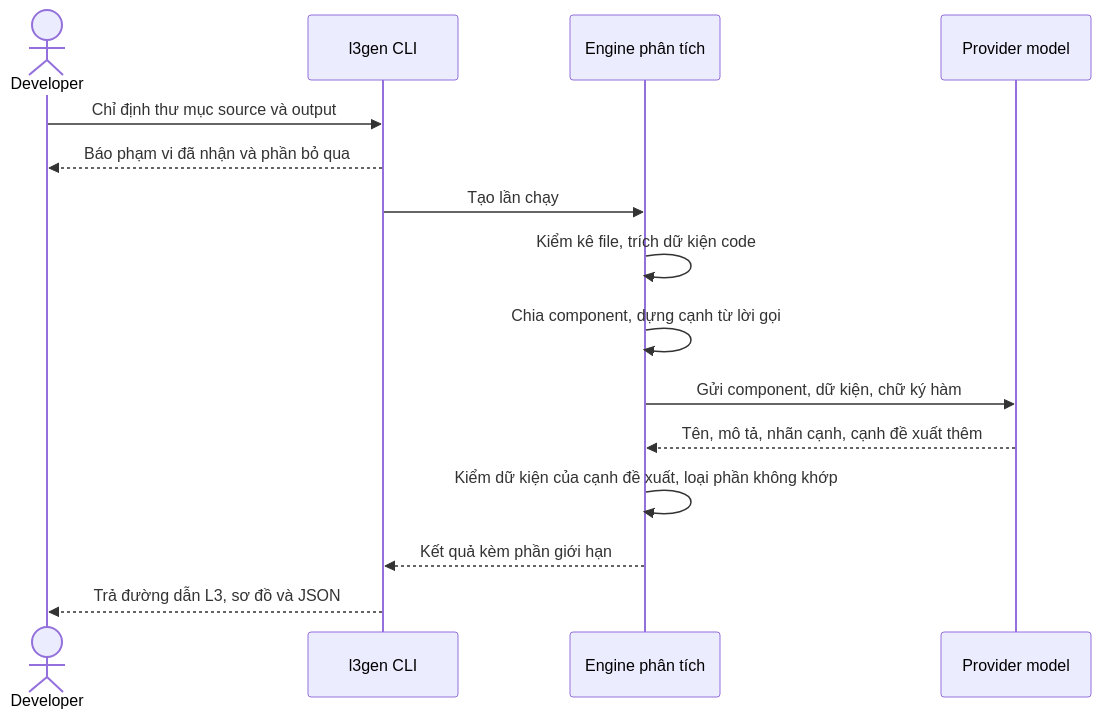
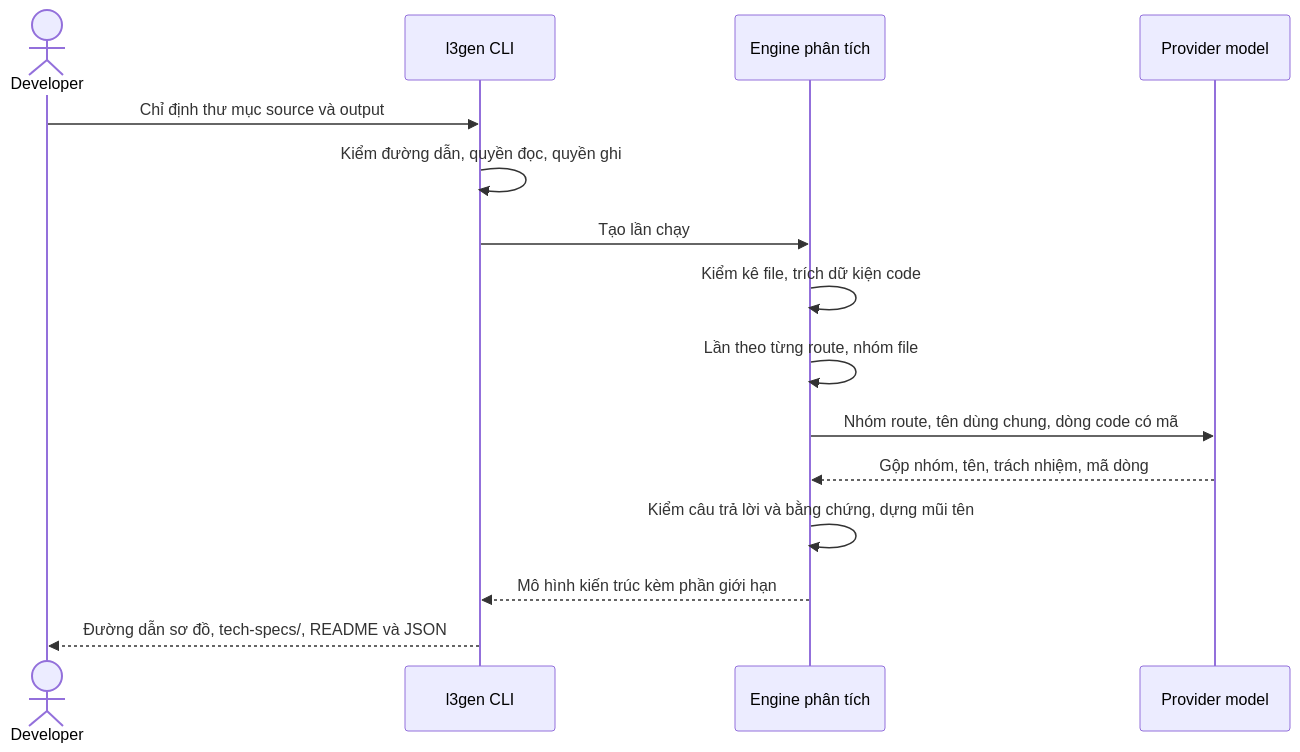
Before and after one commit to nchoang1004/l3-generator-fr029: the first of 2 diagrams in .aide/product/prd/PRD-L3GEN-2609-001.md, drawn with Mermaid. The commit also changed other lines of this file and 36 other files, not shown here.

````diff
--- a/.aide/product/prd/PRD-L3GEN-2609-001.md
+++ b/.aide/product/prd/PRD-L3GEN-2609-001.md
@@ -290,17 +257,17 @@
 ```mermaid
 sequenceDiagram
     actor Dev as Developer
     participant CLI as l3gen CLI
     participant Engine as Engine phân tích
     participant Model as Provider model
     Dev->>CLI: Chỉ định thư mục source và output
-    CLI-->>Dev: Báo phạm vi đã nhận và phần bỏ qua
+    CLI->>CLI: Kiểm đường dẫn, quyền đọc, quyền ghi
     CLI->>Engine: Tạo lần chạy
     Engine->>Engine: Kiểm kê file, trích dữ kiện code
-    Engine->>Engine: Chia component, dựng cạnh từ lời gọi
-    Engine->>Model: Gửi component, dữ kiện, chữ ký hàm
-    Model-->>Engine: Tên, mô tả, nhãn cạnh, cạnh đề xuất thêm
-    Engine->>Engine: Kiểm dữ kiện của cạnh đề xuất, loại phần không khớp
-    Engine-->>CLI: Kết quả kèm phần giới hạn
-    CLI-->>Dev: Trả đường dẫn L3, sơ đồ và JSON
+    Engine->>Engine: Lần theo từng route, nhóm file
+    Engine->>Model: Nhóm route, tên dùng chung, dòng code có mã
+    Model-->>Engine: Gộp nhóm, tên, trách nhiệm, mã dòng
+    Engine->>Engine: Kiểm câu trả lời và bằng chứng, dựng mũi tên
+    Engine-->>CLI: Mô hình kiến trúc kèm phần giới hạn
+    CLI-->>Dev: Đường dẫn sơ đồ, tech-specs/, README và JSON
 ```
````
